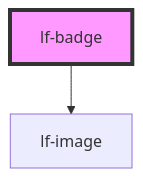
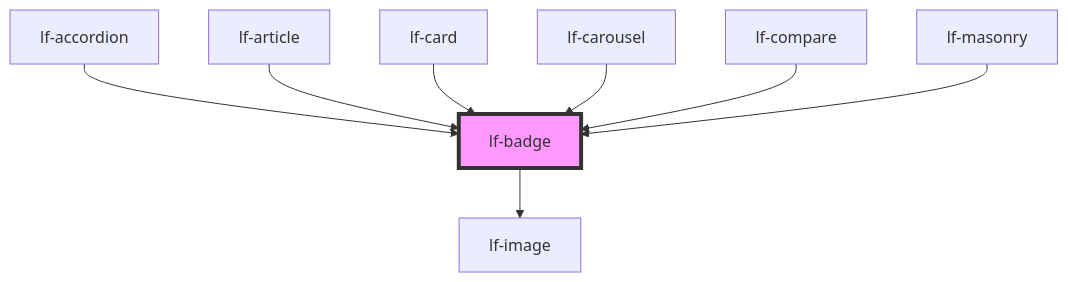
The diagram in packages/core/src/components/lf-badge/readme.md (lucafoscili/lf-widgets), drawn with Mermaid before and after one commit. The commit also changed other lines of this file and 68 other files, not shown here.

````diff
--- a/packages/core/src/components/lf-badge/readme.md
+++ b/packages/core/src/components/lf-badge/readme.md
@@ -105,5 +114,11 @@
 ```mermaid
 graph TD;
   lf-badge --> lf-image
+  lf-accordion --> lf-badge
+  lf-article --> lf-badge
+  lf-card --> lf-badge
+  lf-carousel --> lf-badge
+  lf-compare --> lf-badge
+  lf-masonry --> lf-badge
   style lf-badge fill:#f9f,stroke:#333,stroke-width:4px
 ```
````
